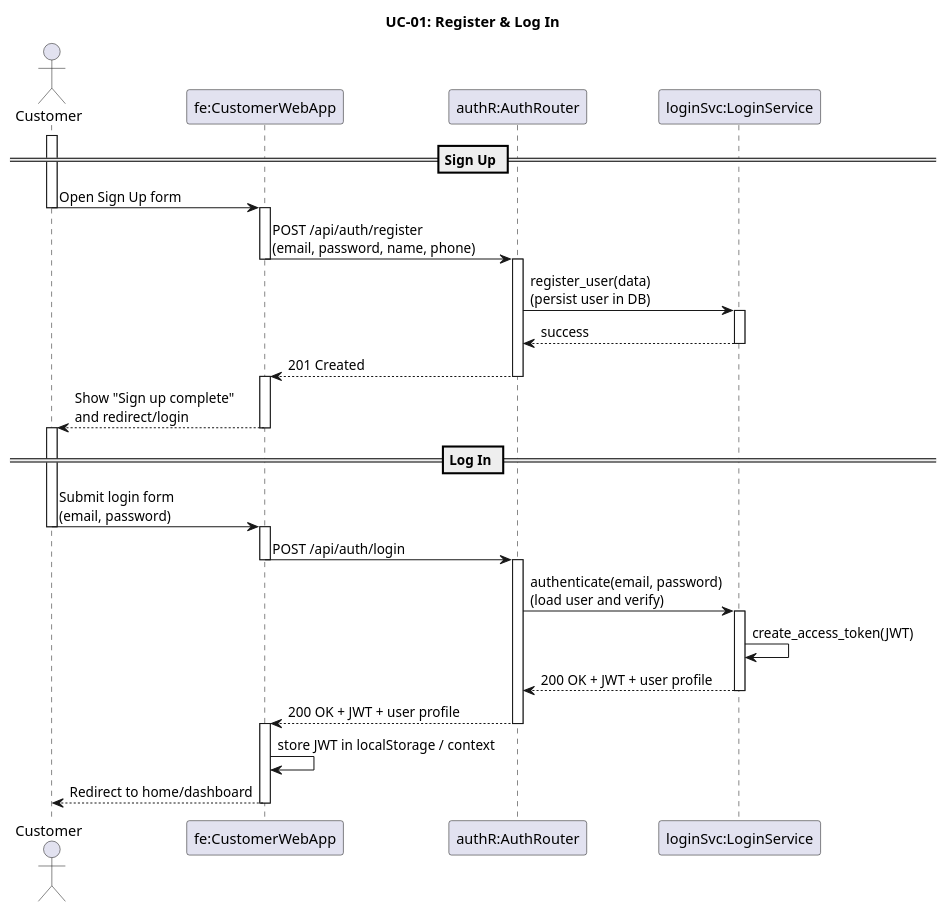
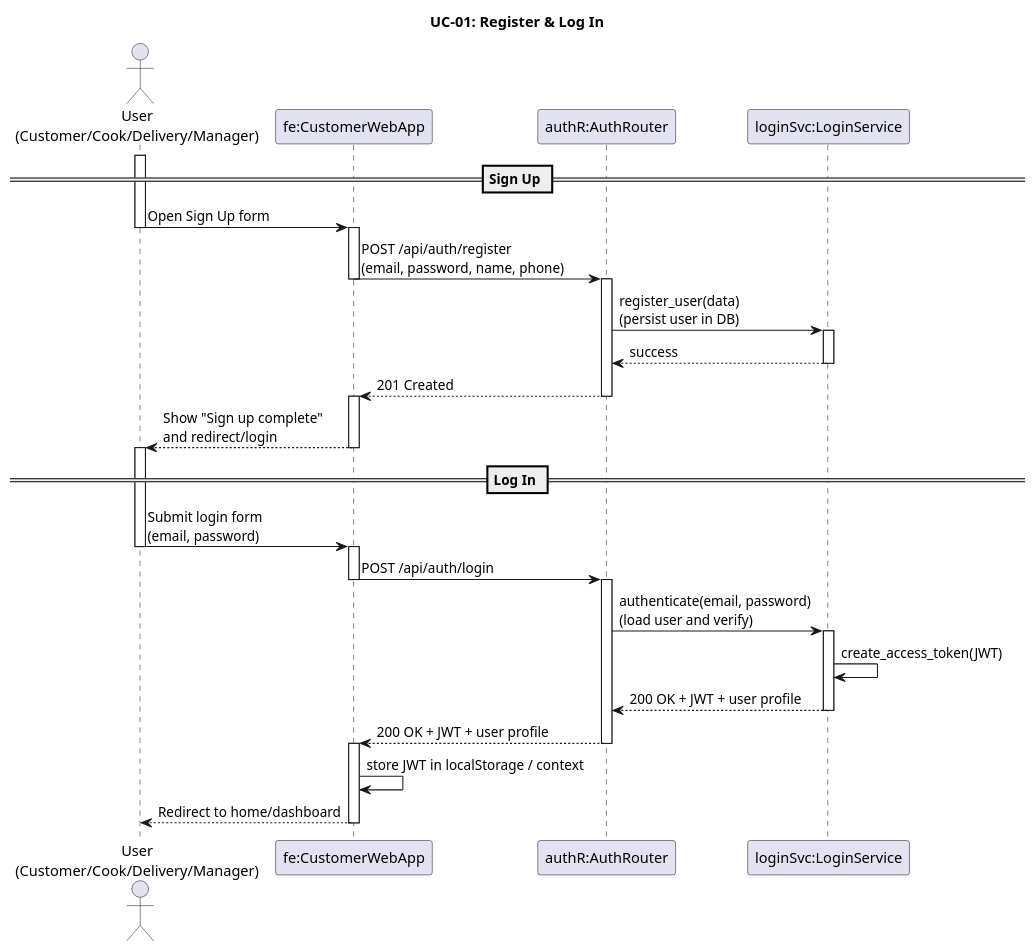
Before and after one commit to UOS2025SWE/MrDaebak: the diagram in SWE_Diagram/sequence_diagrams/UC01_Register_Login.puml, drawn with PlantUML. The commit also changed 95 other files, not shown here.

Commit message:
산출물 다이어그램 및 다이어그램에 대한 설명 추가

```diff
--- a/SWE_Diagram/sequence_diagrams/UC01_Register_Login.puml
+++ b/SWE_Diagram/sequence_diagrams/UC01_Register_Login.puml
@@ -1,47 +1,49 @@
 @startuml
 title "UC-01: Register & Log In"
 
-actor customer as "Customer"
+' Note: This use case applies to all user types:
+' Customer, Cook, Delivery Staff, Manager
+actor customer as "User\n(Customer/Cook/Delivery/Manager)"
 participant "fe:CustomerWebApp" as fe
 participant "authR:AuthRouter" as authR
 participant "loginSvc:LoginService" as loginSvc
 
 == Sign Up ==
 activate customer
 customer -> fe: Open Sign Up form
 deactivate customer
 activate fe
 fe -> authR: POST /api/auth/register\n(email, password, name, phone)
 deactivate fe
 activate authR
 authR -> loginSvc: register_user(data)\n(persist user in DB)
 activate loginSvc
 loginSvc --> authR: success
 deactivate loginSvc
 authR --> fe: 201 Created
 deactivate authR
 activate fe
 fe --> customer: Show "Sign up complete"\nand redirect/login
 deactivate fe
 
 == Log In ==
 activate customer
 customer -> fe: Submit login form\n(email, password)
 deactivate customer
 activate fe
 fe -> authR: POST /api/auth/login
 deactivate fe
 activate authR
 authR -> loginSvc: authenticate(email, password)\n(load user and verify)
 activate loginSvc
 loginSvc -> loginSvc: create_access_token(JWT)
 loginSvc --> authR: 200 OK + JWT + user profile
 deactivate loginSvc
 authR --> fe: 200 OK + JWT + user profile
 deactivate authR
 activate fe
 fe -> fe: store JWT in localStorage / context
 fe --> customer: Redirect to home/dashboard
 deactivate fe
 
 @enduml
```
